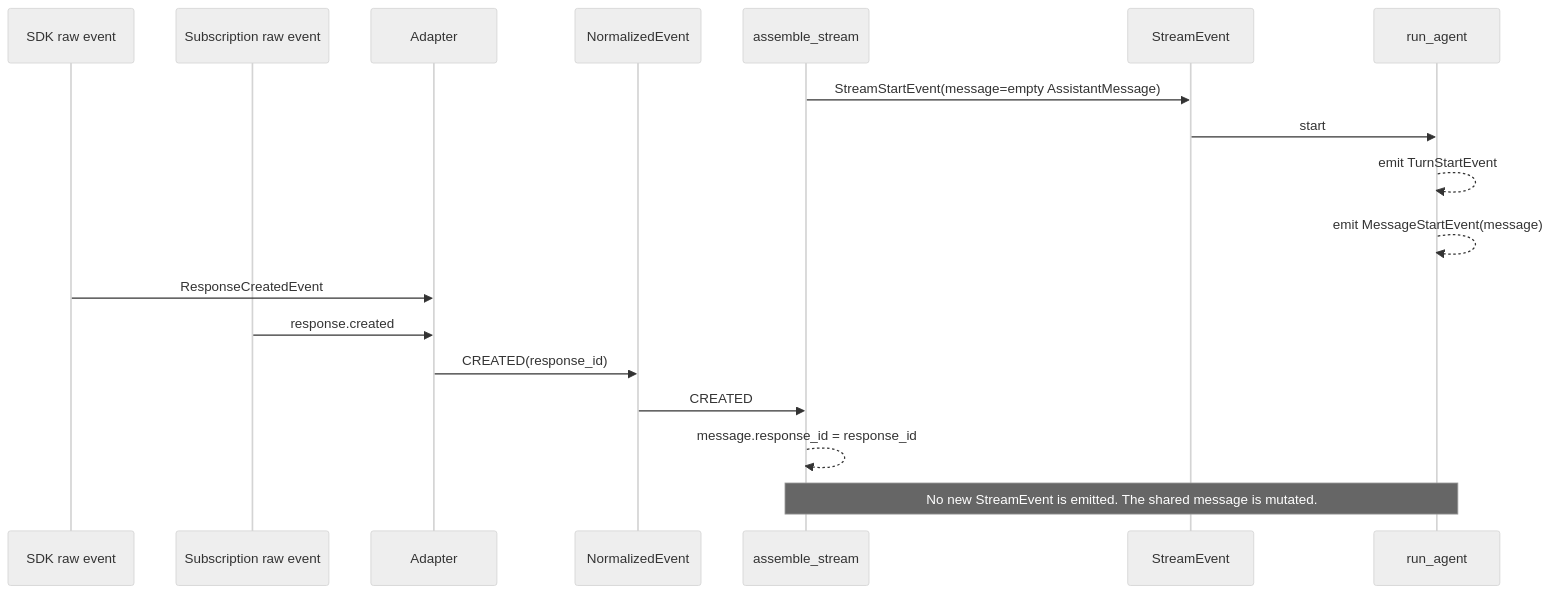
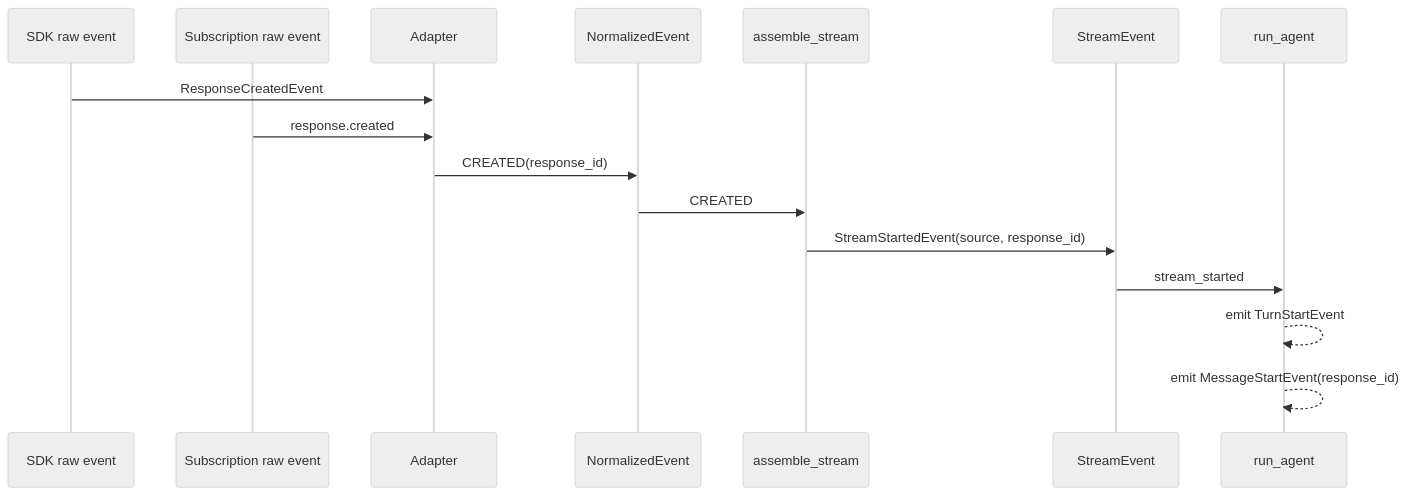
Before and after one commit to muneebshahid/tile: the second of 8 diagrams in docs/openai-stream-event-lifecycle.md, drawn with Mermaid (neutral theme). The commit also changed other lines of this file and 18 other files, not shown here.

Commit message:
Refactor agent stream event contracts

````diff
--- a/docs/openai-stream-event-lifecycle.md
+++ b/docs/openai-stream-event-lifecycle.md
@@ -39,22 +39,19 @@
 ```mermaid
 sequenceDiagram
     participant SDK as SDK raw event
     participant Sub as Subscription raw event
     participant Adapter as Adapter
     participant Norm as NormalizedEvent
     participant Asm as assemble_stream
     participant Stream as StreamEvent
     participant Agent as run_agent
 
-    Asm->>Stream: StreamStartEvent(message=empty AssistantMessage)
-    Stream->>Agent: start
-    Agent-->>Agent: emit TurnStartEvent
-    Agent-->>Agent: emit MessageStartEvent(message)
-
     SDK->>Adapter: ResponseCreatedEvent
     Sub->>Adapter: response.created
     Adapter->>Norm: CREATED(response_id)
     Norm->>Asm: CREATED
-    Asm-->>Asm: message.response_id = response_id
-    Note over Asm,Agent: No new StreamEvent is emitted. The shared message is mutated.
+    Asm->>Stream: StreamStartedEvent(source, response_id)
+    Stream->>Agent: stream_started
+    Agent-->>Agent: emit TurnStartEvent
+    Agent-->>Agent: emit MessageStartEvent(response_id)
 ```
````
